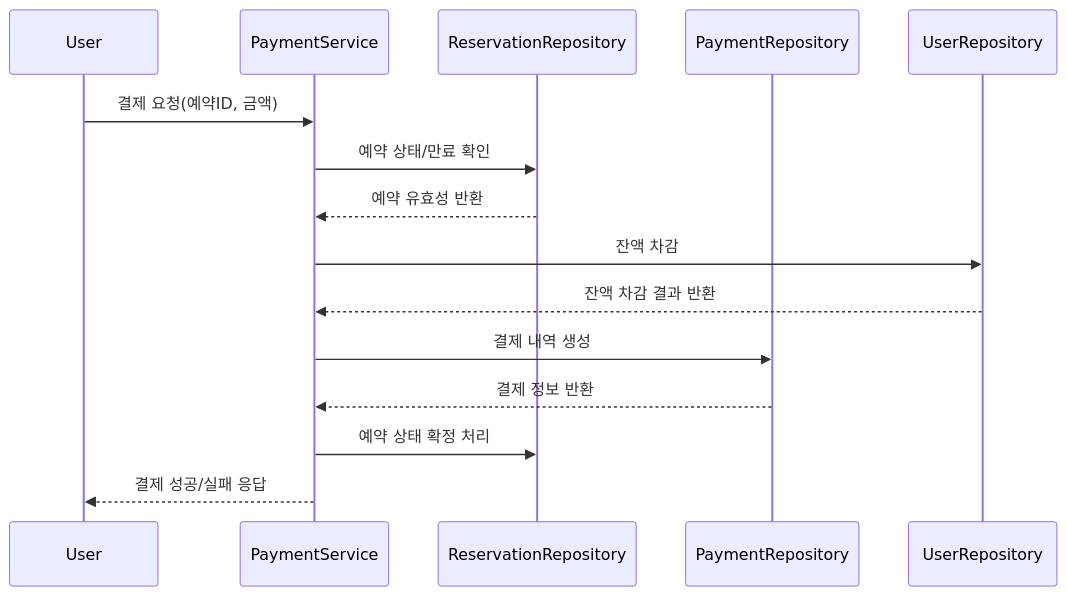
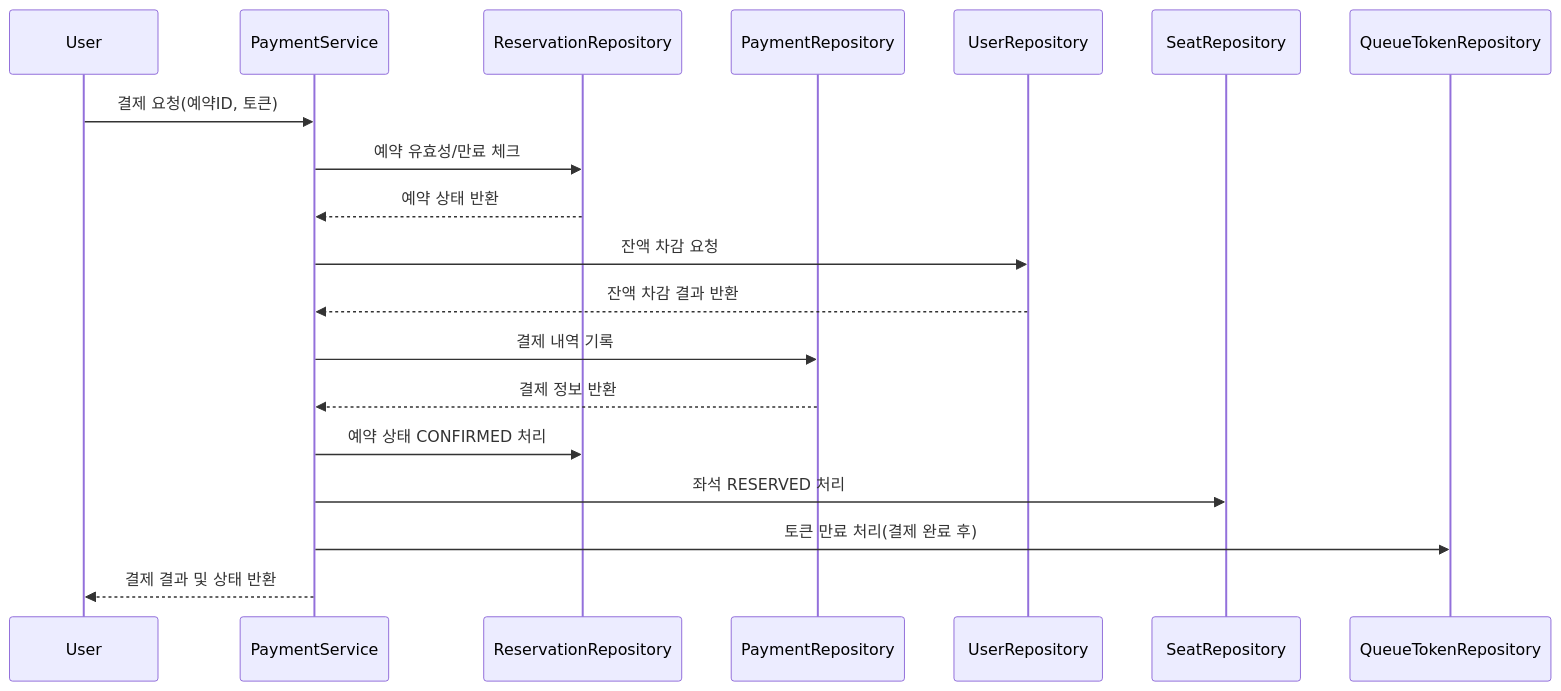
The eighth of 8 diagrams in README.md (minu-study/ticketing-platform), drawn with Mermaid before and after one commit. The commit also changed other lines of this file, not shown here.

Commit message:
docs: 요구사항 분석에 따라 다이어그램 수정

````diff
--- a/README.md
+++ b/README.md
@@ -330,18 +388,22 @@
 ```mermaid
 sequenceDiagram
     participant User
     participant PaymentService
     participant ReservationRepository
     participant PaymentRepository
     participant UserRepository
+    participant SeatRepository
+    participant QueueTokenRepository
 
-    User->>PaymentService: 결제 요청(예약ID, 금액)
-    PaymentService->>ReservationRepository: 예약 상태/만료 확인
-    ReservationRepository-->>PaymentService: 예약 유효성 반환
-    PaymentService->>UserRepository: 잔액 차감
+    User->>PaymentService: 결제 요청(예약ID, 토큰)
+    PaymentService->>ReservationRepository: 예약 유효성/만료 체크
+    ReservationRepository-->>PaymentService: 예약 상태 반환
+    PaymentService->>UserRepository: 잔액 차감 요청
     UserRepository-->>PaymentService: 잔액 차감 결과 반환
-    PaymentService->>PaymentRepository: 결제 내역 생성
+    PaymentService->>PaymentRepository: 결제 내역 기록
     PaymentRepository-->>PaymentService: 결제 정보 반환
-    PaymentService->>ReservationRepository: 예약 상태 확정 처리
-    PaymentService-->>User: 결제 성공/실패 응답
+    PaymentService->>ReservationRepository: 예약 상태 CONFIRMED 처리
+    PaymentService->>SeatRepository: 좌석 RESERVED 처리
+    PaymentService->>QueueTokenRepository: 토큰 만료 처리(결제 완료 후)
+    PaymentService-->>User: 결제 결과 및 상태 반환
 ```
````
